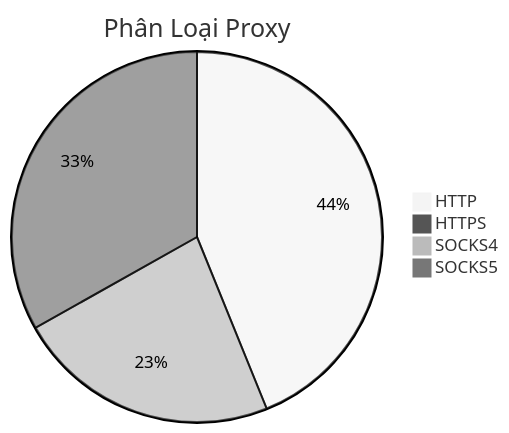
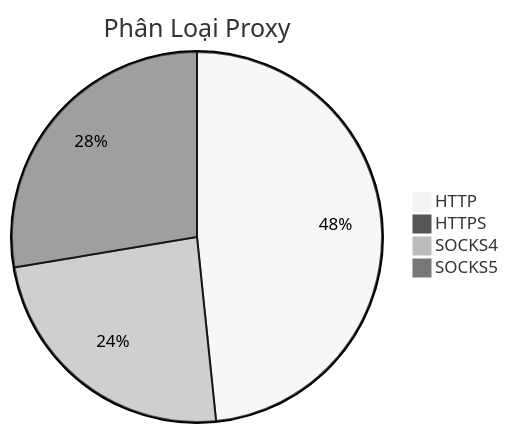
Before and after one commit to Ciara-12/PROXY-free: the diagram in README.md, drawn with Mermaid (neutral theme). The commit also changed other lines of this file and 4 other files, not shown here.

````diff
--- a/README.md
+++ b/README.md
@@ -26,7 +26,7 @@
 ```mermaid
 pie title Phân Loại Proxy
-    "HTTP" : 479
-    "HTTPS" : 6
-    "SOCKS4" : 251
-    "SOCKS5" : 362
+    "HTTP" : 602
+    "HTTPS" : 3
+    "SOCKS4" : 299
+    "SOCKS5" : 344
 ```
````
